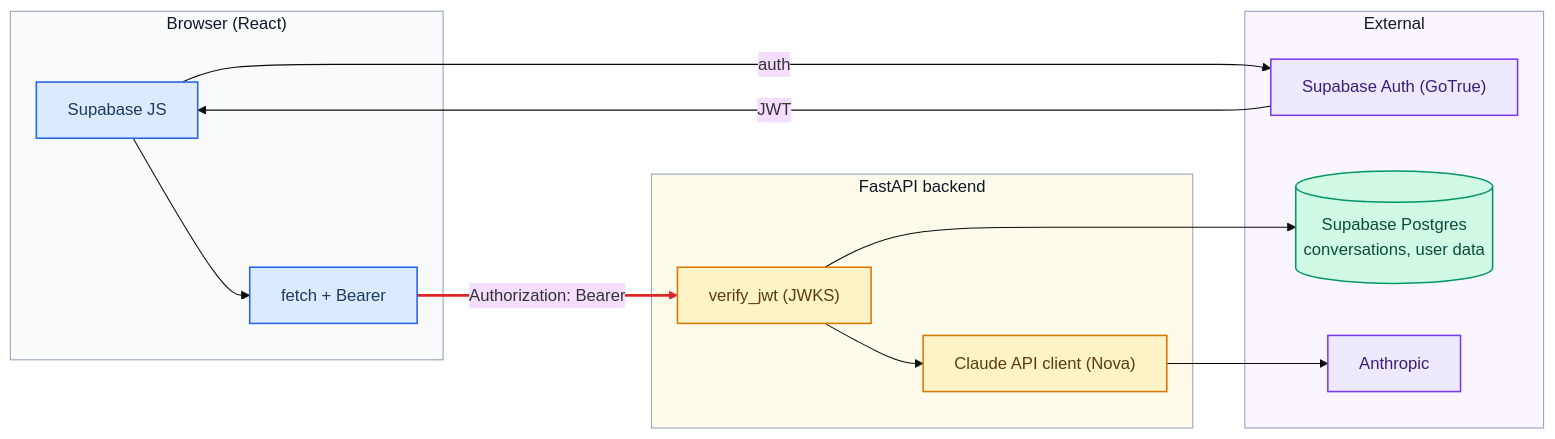
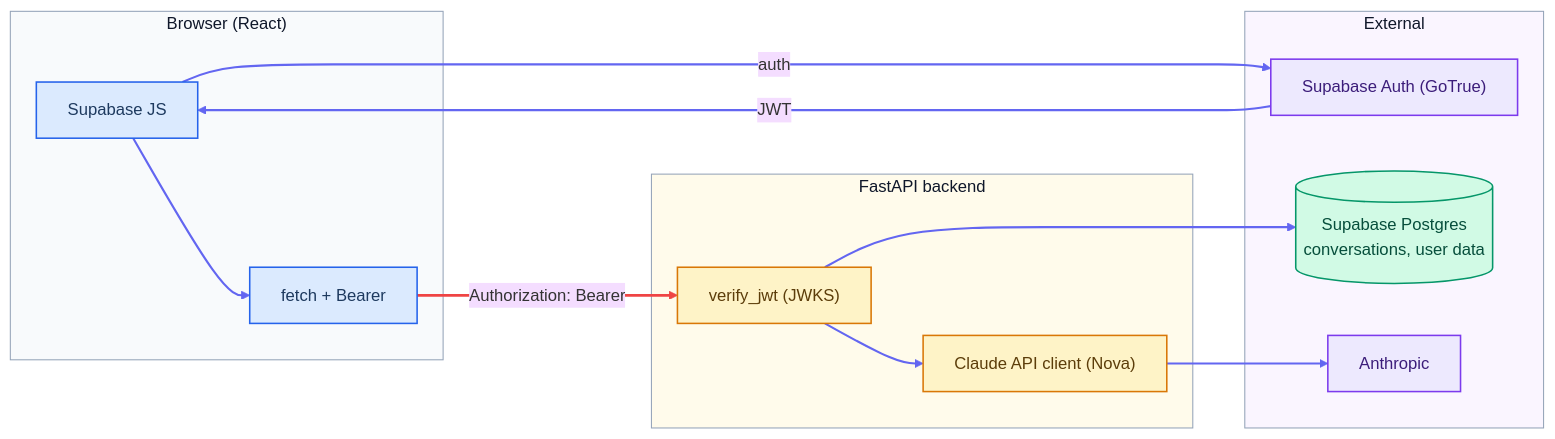
One commit to spolivin/novabank changed the diagram in README.md. Above: the diagram before and after it, drawn with Mermaid (base theme).

Commit message:
docs(readme): fix diagram edge contrast in dark theme

````diff
--- a/README.md
+++ b/README.md
@@ -89,42 +89,43 @@
 ```mermaid
 flowchart LR
     subgraph browser["Browser (React)"]
         sdk["Supabase JS"]
         req["fetch + Bearer"]
     end
 
     subgraph backend["FastAPI backend"]
         jwt["verify_jwt (JWKS)"]
         nova["Claude API client (Nova)"]
     end
 
     subgraph external["External"]
         auth["Supabase Auth (GoTrue)"]
         db[("Supabase Postgres<br/>conversations, user data")]
         anthropic["Anthropic"]
     end
 
     sdk -- auth --> auth
     auth -- JWT --> sdk
     sdk --> req
     req -- "Authorization: Bearer" --> jwt
     jwt --> db
     jwt --> nova
     nova --> anthropic
 
     classDef client fill:#dbeafe,stroke:#2563eb,stroke-width:1.5px,color:#1e3a5f
     classDef server fill:#fef3c7,stroke:#d97706,stroke-width:1.5px,color:#5c3d0a
     classDef vendor fill:#ede9fe,stroke:#7c3aed,stroke-width:1.5px,color:#3c1d7a
     classDef store  fill:#d1fae5,stroke:#059669,stroke-width:1.5px,color:#064e3b
 
     class sdk,req client
     class jwt,nova server
     class auth,anthropic vendor
     class db store
 
     style browser  fill:#f8fafc,stroke:#94a3b8,stroke-width:1px,color:#0f172a
     style backend  fill:#fffbeb,stroke:#94a3b8,stroke-width:1px,color:#0f172a
     style external fill:#faf5ff,stroke:#94a3b8,stroke-width:1px,color:#0f172a
 
-    linkStyle 3 stroke:#dc2626,stroke-width:2.5px
+    linkStyle 0,1,2,4,5,6 stroke:#6366f1,stroke-width:2px
+    linkStyle 3 stroke:#ef4444,stroke-width:2.5px
 ```
````
